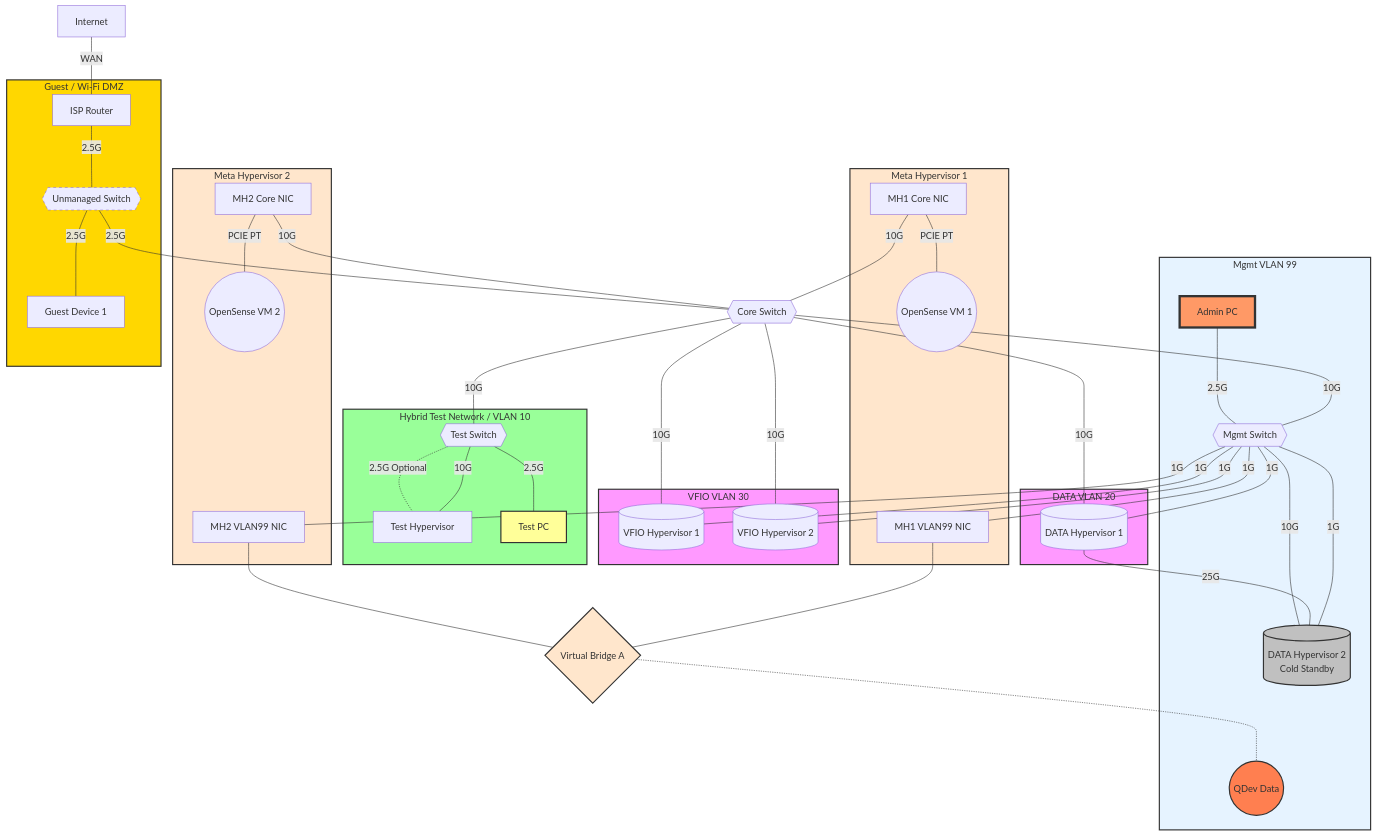
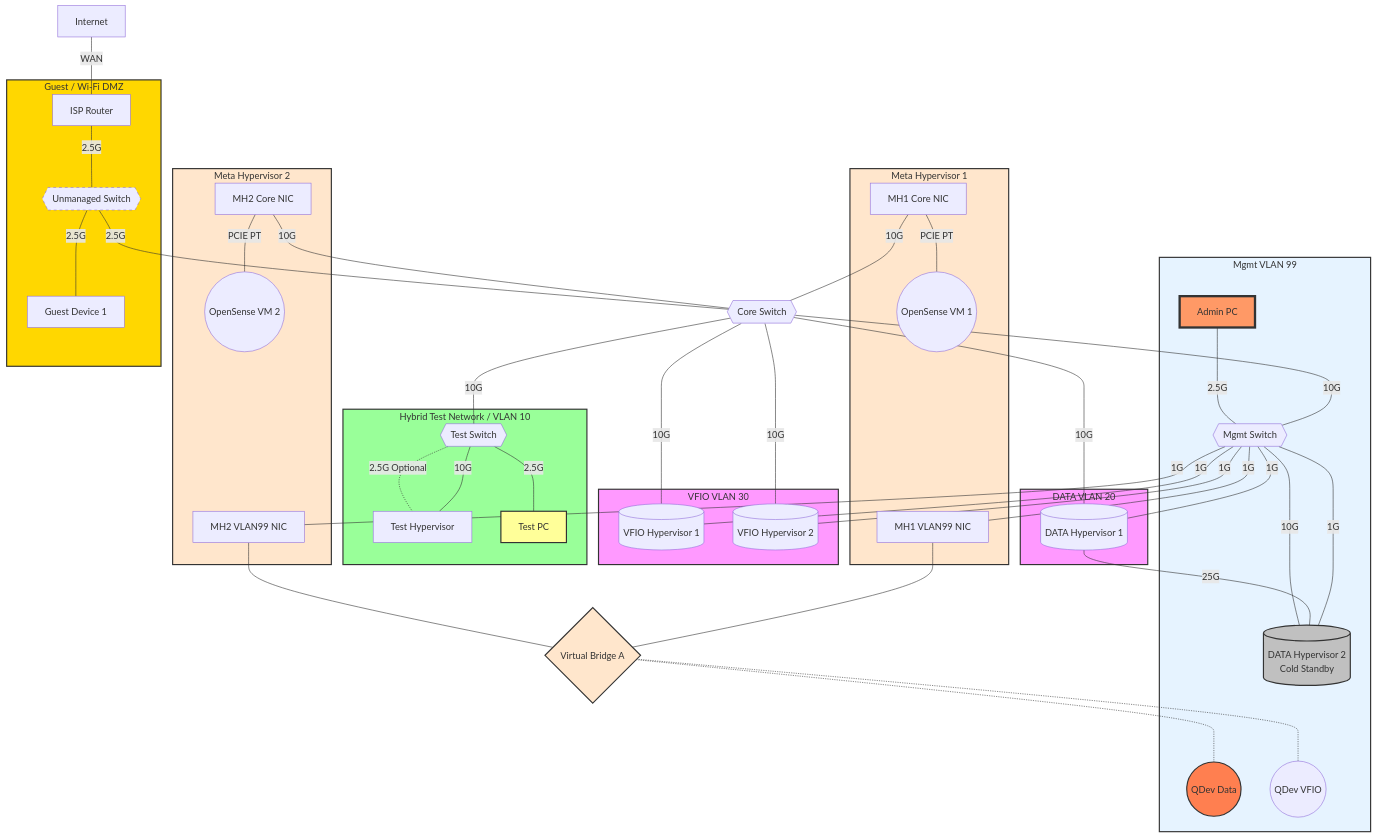
The diagram in alp/netop8.md (woeiru/lab), drawn with Mermaid before and after one commit.

Commit message:
alp/netop8.md: add QDV and update management VLAN subgraph

```diff
--- a/alp/netop8.md
+++ b/alp/netop8.md
@@ -26,6 +26,7 @@
     TS -.-|"2.5G Optional"| TH
     TS ---|"2.5G"| TM[Test PC]
     VBA{Virtual Bridge A} -..- QDD((QDev Data))
+    VBA{Virtual Bridge A} -..- QDV((QDev VFIO))
 
     subgraph MH1[Meta Hypervisor 1]
         MH1NIC2 ---|"PCIE PT"| OPN1((OpenSense VM 1))
@@ -61,6 +62,7 @@
         MH2NIC3
         DH2
         QDD
+        QDV
     end
 
     subgraph Guest [Guest / Wi-Fi DMZ]
```
